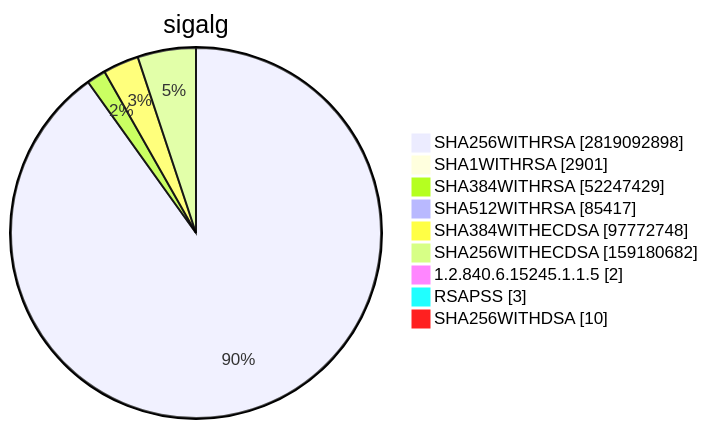
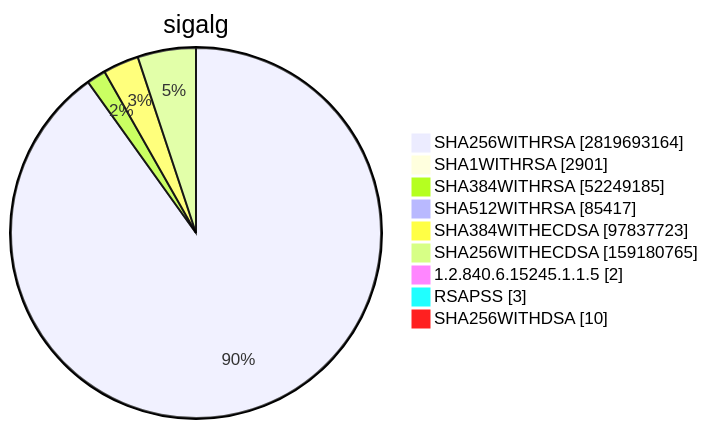
One commit to christiankrug/ctmonitor_visualization changed diagram 15 of 15 in TOTAL/README.md. Above: the diagram before and after it, drawn with Mermaid. The commit also changed other lines of this file, not shown here.

````diff
--- a/TOTAL/README.md
+++ b/TOTAL/README.md
@@ -6205,13 +6205,13 @@
 ```mermaid
 pie showData
 title sigalg
-"SHA256WITHRSA" :2819092898
+"SHA256WITHRSA" :2819693164
 "SHA1WITHRSA" :2901
-"SHA384WITHRSA" :52247429
+"SHA384WITHRSA" :52249185
 "SHA512WITHRSA" :85417
-"SHA384WITHECDSA" :97772748
-"SHA256WITHECDSA" :159180682
+"SHA384WITHECDSA" :97837723
+"SHA256WITHECDSA" :159180765
 "1.2.840.6.15245.1.1.5" :2
 "RSAPSS" :3
 "SHA256WITHDSA" :10
 ```
````
